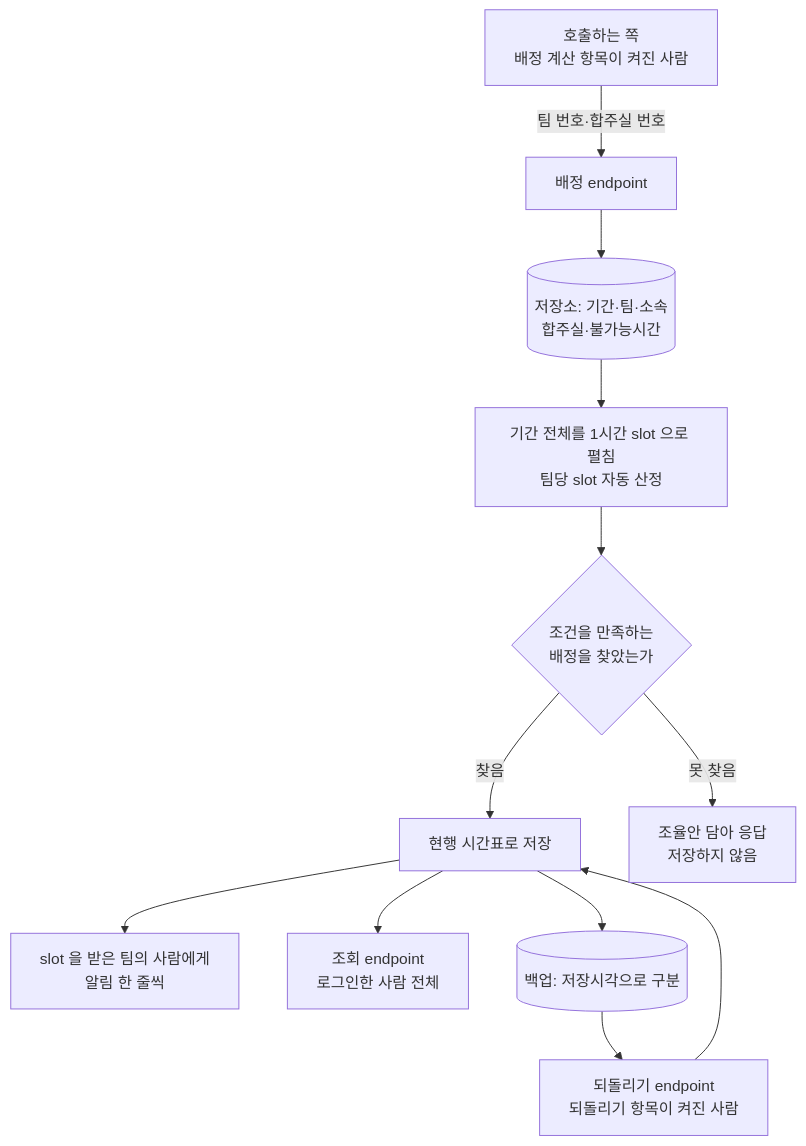
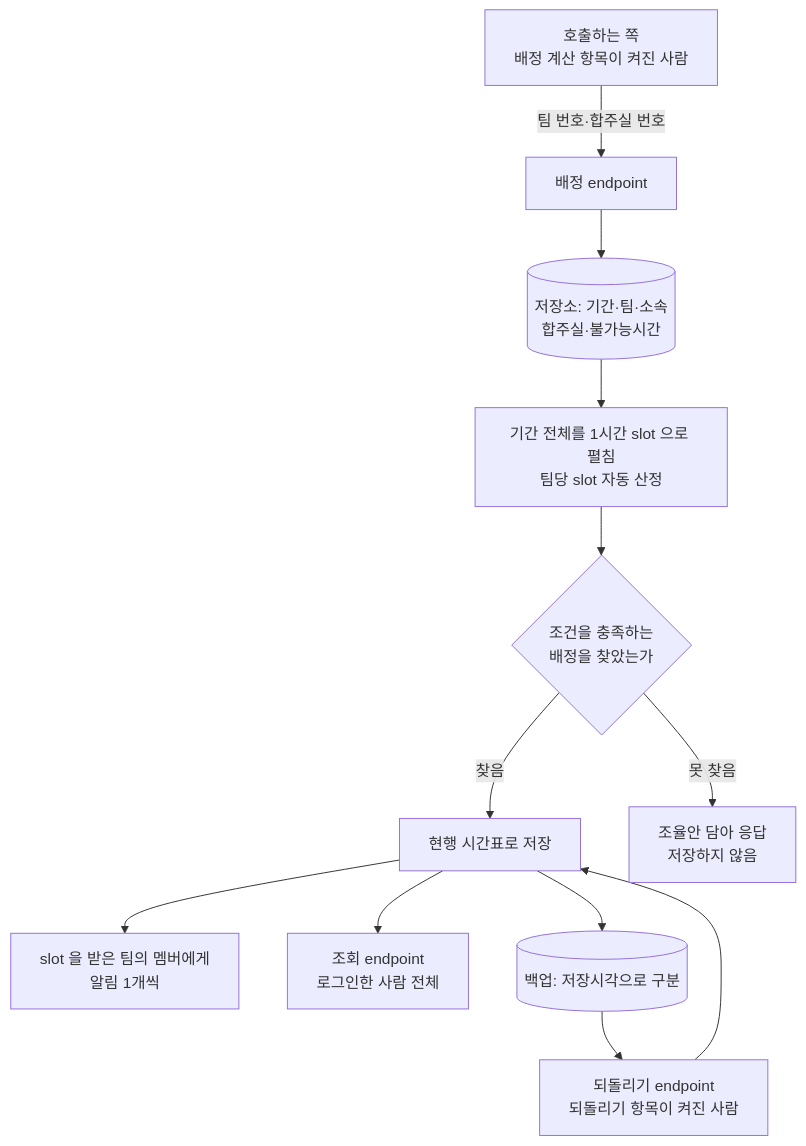
One commit to minkong-dev/Banblit changed the diagram in .cluedoc/scheduling-api/period-assignment/README.md. Above: the diagram before and after it, drawn with Mermaid. The commit also changed other lines of this file and 188 other files, not shown here.

````diff
--- a/.cluedoc/scheduling-api/period-assignment/README.md
+++ b/.cluedoc/scheduling-api/period-assignment/README.md
@@ -21,14 +21,14 @@
 ```mermaid
 flowchart TD
     R[호출하는 쪽<br/>배정 계산 항목이 켜진 사람] -->|팀 번호·합주실 번호| A[배정 endpoint]
     A --> D[(저장소: 기간·팀·소속<br/>합주실·불가능시간)]
     D --> E[기간 전체를 1시간 slot 으로 펼침<br/>팀당 slot 자동 산정]
-    E --> F{조건을 만족하는<br/>배정을 찾았는가}
+    E --> F{조건을 충족하는<br/>배정을 찾았는가}
     F -->|찾음| S[현행 시간표로 저장]
     F -->|못 찾음| P[조율안 담아 응답<br/>저장하지 않음]
-    S --> W[slot 을 받은 팀의 사람에게<br/>알림 한 줄씩]
+    S --> W[slot 을 받은 팀의 멤버에게<br/>알림 1개씩]
     S --> G[조회 endpoint<br/>로그인한 사람 전체]
     S --> B[(백업: 저장시각으로 구분)]
     B --> K[되돌리기 endpoint<br/>되돌리기 항목이 켜진 사람]
     K --> S
 ```
````
